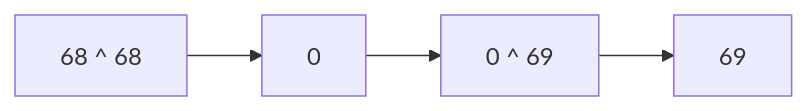
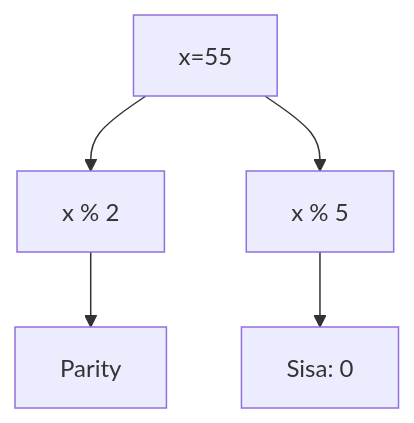
Before and after one commit to amnahwaida/OSNK_INF_PREP: diagram 11 of 25 in part-c-pemahaman-cpp/06-bitwise/latihan/set-01.md, drawn with Mermaid. The commit also changed other lines of this file and 71 other files, not shown here.

````diff
--- a/part-c-pemahaman-cpp/06-bitwise/latihan/set-01.md
+++ b/part-c-pemahaman-cpp/06-bitwise/latihan/set-01.md
@@ -274,6 +325,7 @@
 ```mermaid
-graph LR
-    A["68 ^ 68"] --> B[0]
-    B --> C["0 ^ 69"]
-    C --> D["69"]
+graph TD
+A[x=55] --> B[x % 2]
+B --> C[Parity]
+A --> D[x % 5]
+D --> E[Sisa: 0]
 ```
````
